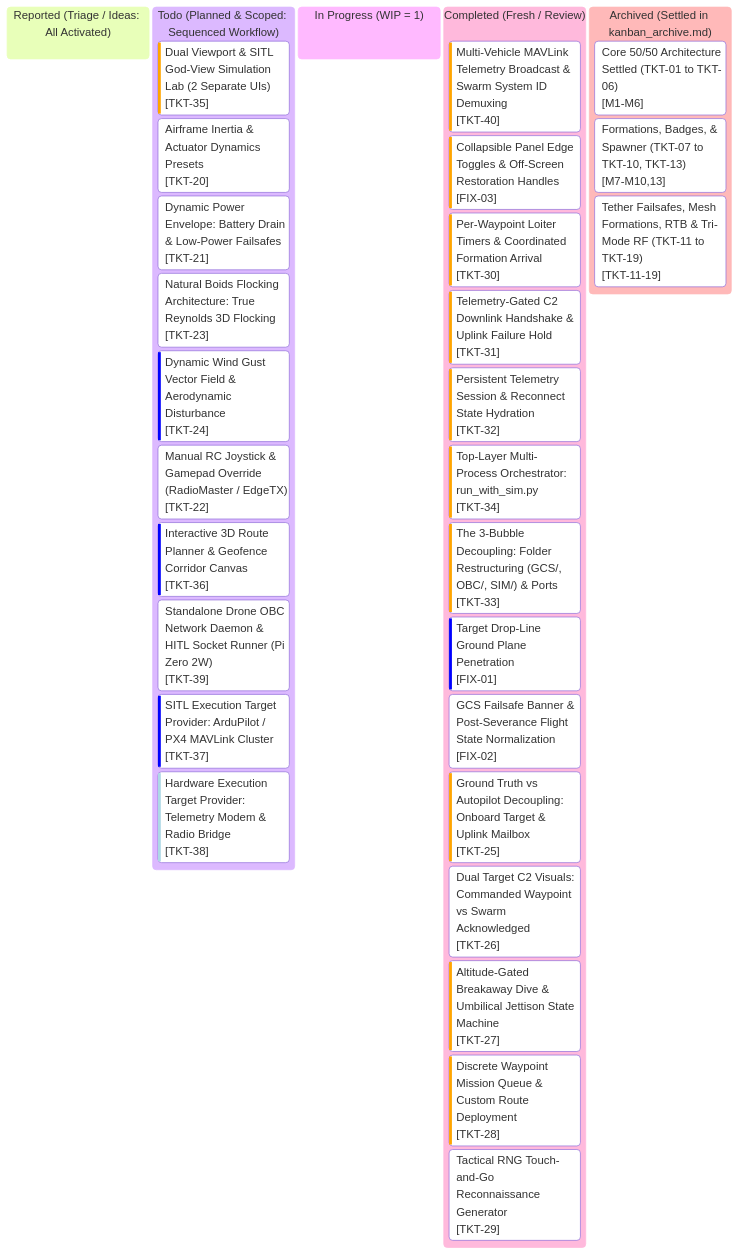
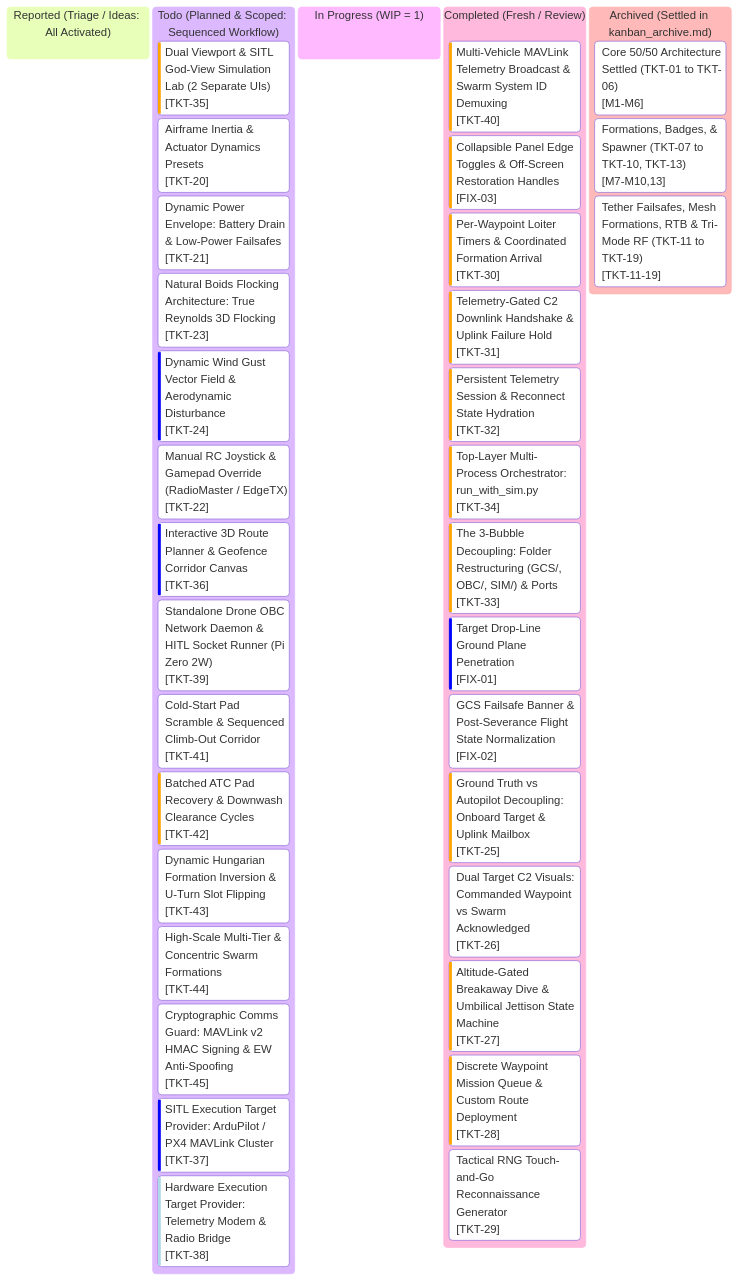
Before and after one commit to AlitheiaDeus/SwarmTech_v3-Uprising: the diagram in kanban.md, drawn with Mermaid. The commit also changed other lines of this file, not shown here.

Commit message:
docs(kanban): scope tactical operations tickets [TKT-41] to [TKT-45]
- [TKT-41] Cold-Start Pad Scramble & Sequenced Climb-Out Corridor
- [TKT-42] Batched ATC Pad Recovery & Downwash Clearance Cycles
- [TKT-43] Dynamic Hungarian Formation Inversion & U-Turn Slot Flipping
- [TKT-44] High-Scale Multi-Tier & Concentric Swarm Formations
- [TKT-45] Cryptographic Comms Guard: MAVLink v2 HMAC Signing & EW Anti-Spoofing

````diff
--- a/kanban.md
+++ b/kanban.md
@@ -10,55 +10,60 @@
 ```mermaid
 %%{init: {
   'theme': 'base',
   'themeVariables': {
     'primaryColor': '#0d2235',
     'primaryTextColor': '#d4f4ff',
     'primaryBorderColor': '#00f0ff',
     'lineColor': '#00f0ff',
     'background': '#061019',
     'mainBkg': '#0a1926',
     'secondaryColor': '#081420',
     'secondaryTextColor': '#5a7e96',
     'secondaryBorderColor': '#134e6f',
     'tertiaryColor': '#0e263d',
     'tertiaryTextColor': '#00ffaa',
     'tertiaryBorderColor': '#00ffaa',
     'clusterBkg': '#081420',
     'clusterBorder': '#134e6f',
     'fontFamily': "'JetBrains Mono', 'Courier New', monospace"
   }
 }}%%
 kanban
   reported["Reported (Triage / Ideas: All Activated)"]
   todo["Todo (Planned & Scoped: Sequenced Workflow)"]
     tkt35["Dual Viewport & SITL God-View Simulation Lab (2 Separate UIs)"]@{ ticket: '[TKT-35]', priority: 'High' }
     tkt20["Airframe Inertia & Actuator Dynamics Presets"]@{ ticket: '[TKT-20]', priority: 'Medium' }
     tkt21["Dynamic Power Envelope: Battery Drain & Low-Power Failsafes"]@{ ticket: '[TKT-21]', priority: 'Medium' }
     tkt23["Natural Boids Flocking Architecture: True Reynolds 3D Flocking"]@{ ticket: '[TKT-23]', priority: 'Medium' }
     tkt24["Dynamic Wind Gust Vector Field & Aerodynamic Disturbance"]@{ ticket: '[TKT-24]', priority: 'Low' }
     tkt22["Manual RC Joystick & Gamepad Override (RadioMaster / EdgeTX)"]@{ ticket: '[TKT-22]', priority: 'Medium' }
     tkt36["Interactive 3D Route Planner & Geofence Corridor Canvas"]@{ ticket: '[TKT-36]', priority: 'Low' }
     tkt39["Standalone Drone OBC Network Daemon & HITL Socket Runner (Pi Zero 2W)"]@{ ticket: '[TKT-39]', priority: 'Medium' }
+    tkt41["Cold-Start Pad Scramble & Sequenced Climb-Out Corridor"]@{ ticket: '[TKT-41]', priority: 'Medium' }
+    tkt42["Batched ATC Pad Recovery & Downwash Clearance Cycles"]@{ ticket: '[TKT-42]', priority: 'High' }
+    tkt43["Dynamic Hungarian Formation Inversion & U-Turn Slot Flipping"]@{ ticket: '[TKT-43]', priority: 'Medium' }
+    tkt44["High-Scale Multi-Tier & Concentric Swarm Formations"]@{ ticket: '[TKT-44]', priority: 'Medium' }
+    tkt45["Cryptographic Comms Guard: MAVLink v2 HMAC Signing & EW Anti-Spoofing"]@{ ticket: '[TKT-45]', priority: 'Medium' }
     tkt37["SITL Execution Target Provider: ArduPilot / PX4 MAVLink Cluster"]@{ ticket: '[TKT-37]', priority: 'Low' }
     tkt38["Hardware Execution Target Provider: Telemetry Modem & Radio Bridge"]@{ ticket: '[TKT-38]', priority: 'Very Low' }
   in_progress["In Progress (WIP = 1)"]
   completed["Completed (Fresh / Review)"]
     tkt40["Multi-Vehicle MAVLink Telemetry Broadcast & Swarm System ID Demuxing"]@{ ticket: '[TKT-40]', priority: 'High' }
     fix03["Collapsible Panel Edge Toggles & Off-Screen Restoration Handles"]@{ ticket: '[FIX-03]', priority: 'High' }
     tkt30["Per-Waypoint Loiter Timers & Coordinated Formation Arrival"]@{ ticket: '[TKT-30]', priority: 'High' }
     tkt31["Telemetry-Gated C2 Downlink Handshake & Uplink Failure Hold"]@{ ticket: '[TKT-31]', priority: 'High' }
     tkt32["Persistent Telemetry Session & Reconnect State Hydration"]@{ ticket: '[TKT-32]', priority: 'High' }
     tkt34["Top-Layer Multi-Process Orchestrator: run_with_sim.py"]@{ ticket: '[TKT-34]', priority: 'High' }
     tkt33["The 3-Bubble Decoupling: Folder Restructuring (GCS/, OBC/, SIM/) & Ports"]@{ ticket: '[TKT-33]', priority: 'High' }
     fix01["Target Drop-Line Ground Plane Penetration"]@{ ticket: '[FIX-01]', priority: 'Low' }
     fix02["GCS Failsafe Banner & Post-Severance Flight State Normalization"]@{ ticket: '[FIX-02]', priority: 'Medium' }
     tkt25["Ground Truth vs Autopilot Decoupling: Onboard Target & Uplink Mailbox"]@{ ticket: '[TKT-25]', priority: 'High' }
     tkt26["Dual Target C2 Visuals: Commanded Waypoint vs Swarm Acknowledged"]@{ ticket: '[TKT-26]', priority: 'Medium' }
     tkt27["Altitude-Gated Breakaway Dive & Umbilical Jettison State Machine"]@{ ticket: '[TKT-27]', priority: 'High' }
     tkt28["Discrete Waypoint Mission Queue & Custom Route Deployment"]@{ ticket: '[TKT-28]', priority: 'High' }
     tkt29["Tactical RNG Touch-and-Go Reconnaissance Generator"]@{ ticket: '[TKT-29]', priority: 'Medium' }
   archived["Archived (Settled in kanban_archive.md)"]
     arch_m1_6["Core 50/50 Architecture Settled (TKT-01 to TKT-06)"]@{ ticket: '[M1-M6]' }
     arch_m7_10_13["Formations, Badges, & Spawner (TKT-07 to TKT-10, TKT-13)"]@{ ticket: '[M7-M10,13]' }
     arch_m11_19["Tether Failsafes, Mesh Formations, RTB & Tri-Mode RF (TKT-11 to TKT-19)"]@{ ticket: '[TKT-11-19]' }
 ```
````
